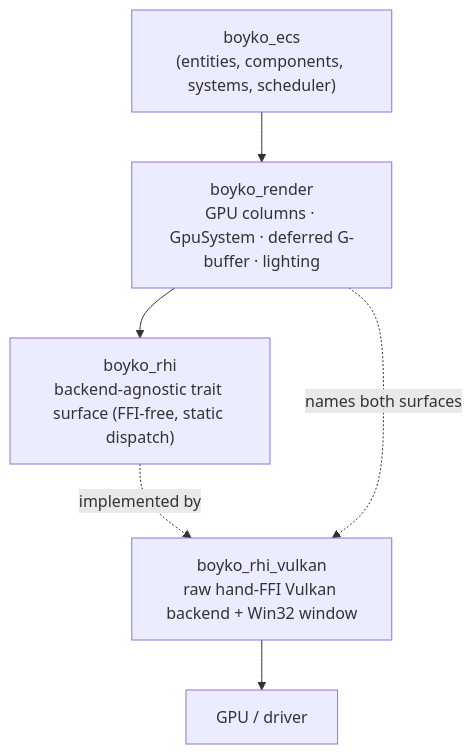
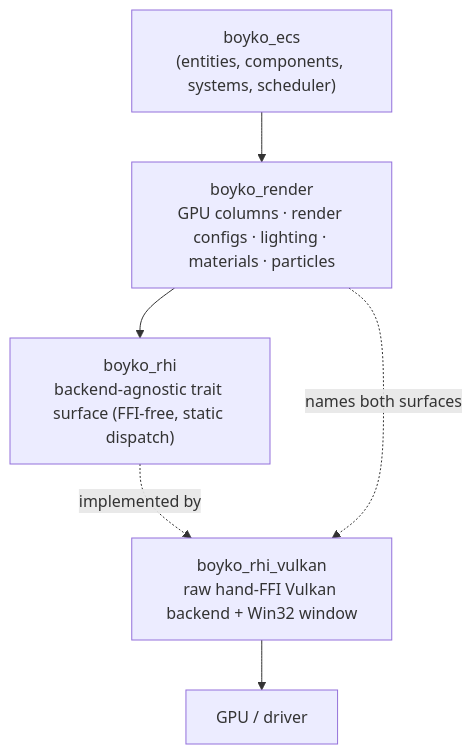
Before and after one commit to bluesteelll/boyko-engine: the first of 2 diagrams in book/src/rendering/overview.md, drawn with Mermaid. The commit also changed other lines of this file and 20 other files, not shown here.

````diff
--- a/book/src/rendering/overview.md
+++ b/book/src/rendering/overview.md
@@ -36,14 +47,14 @@
 ```mermaid
 flowchart TD
     ECS["boyko_ecs<br/>(entities, components, systems, scheduler)"]
-    R["boyko_render<br/>GPU columns · GpuSystem · deferred G-buffer · lighting"]
+    R["boyko_render<br/>GPU columns · render configs · lighting · materials · particles"]
     RHI["boyko_rhi<br/>backend-agnostic trait surface (FFI-free, static dispatch)"]
     VK["boyko_rhi_vulkan<br/>raw hand-FFI Vulkan backend + Win32 window"]
     GPU["GPU / driver"]
 
     ECS --> R
     R --> RHI
     RHI -. "implemented by" .-> VK
     VK --> GPU
     R -.->|"names both surfaces"| VK
 ```
````
